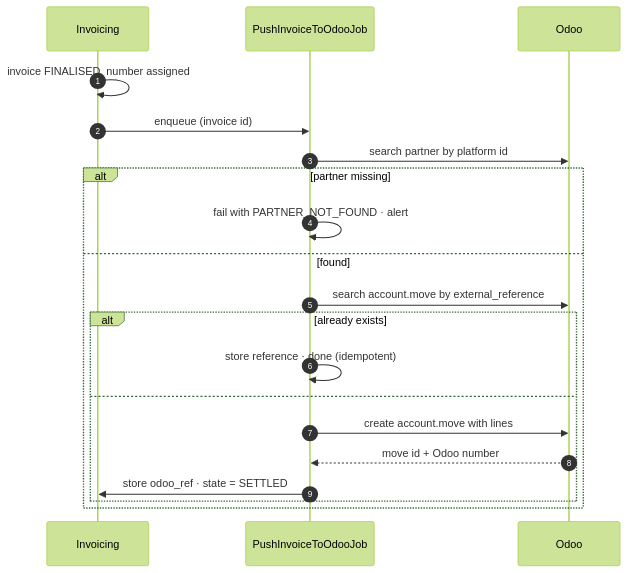
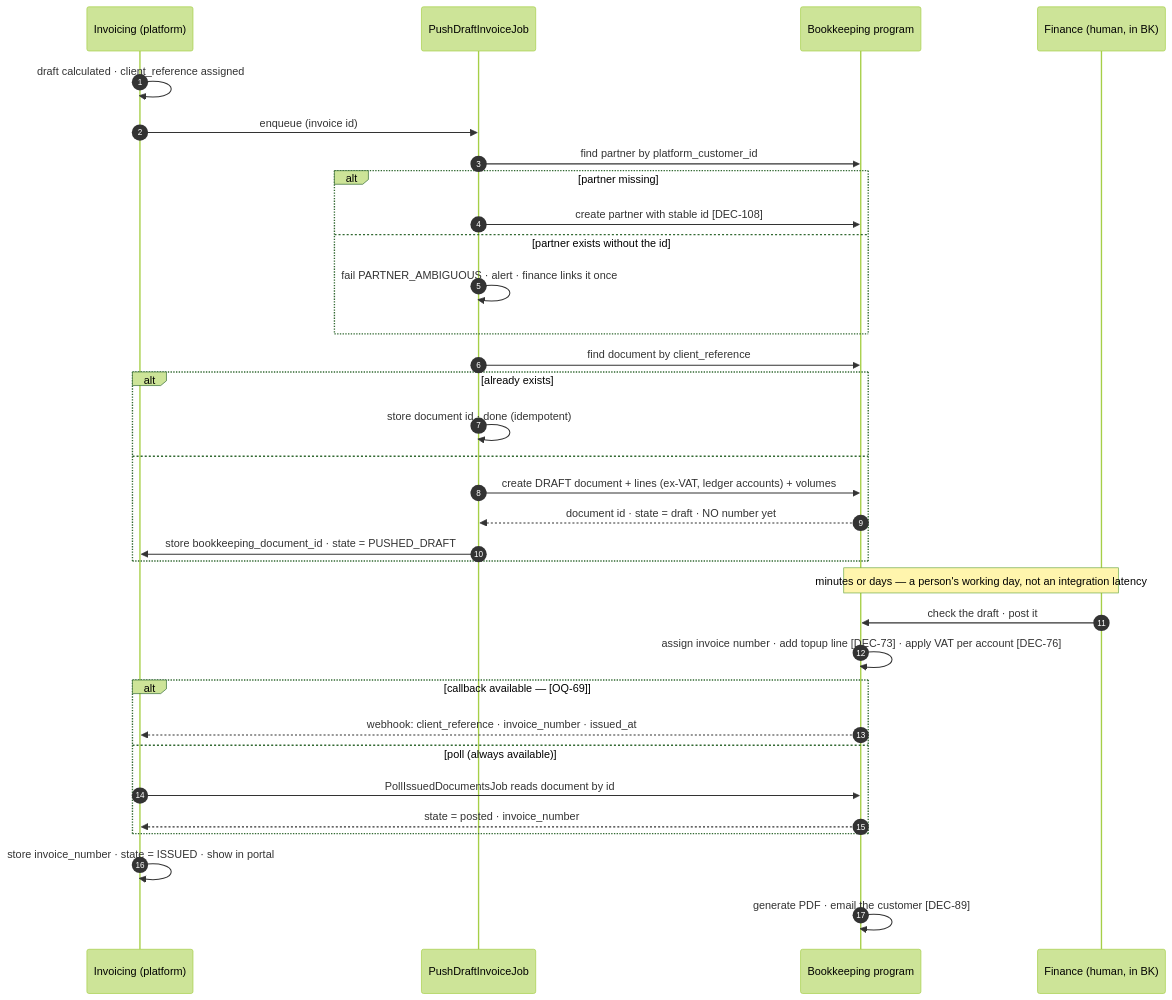
Before and after one commit to lukastosic-ifd/peakpowerspecs: the diagram in specs/30-integrations/04-odoo-accounting.md, drawn with Mermaid (forest theme). The commit also changed other lines of this file and 66 other files, not shown here.

````diff
--- a/specs/30-integrations/04-odoo-accounting.md
+++ b/specs/30-integrations/04-odoo-accounting.md
@@ -160,23 +579,38 @@
 ```mermaid
 sequenceDiagram
     autonumber
-    participant INV as Invoicing
-    participant JOB as PushInvoiceToOdooJob
-    participant ODOO as Odoo
+    participant INV as Invoicing (platform)
+    participant JOB as PushDraftInvoiceJob
+    participant BK as Bookkeeping program
+    participant FIN as Finance (human, in BK)
 
-    INV->>INV: invoice FINALISED, number assigned
+    INV->>INV: draft calculated · client_reference assigned
     INV->>JOB: enqueue (invoice id)
-    JOB->>ODOO: search partner by platform id
+    JOB->>BK: find partner by platform_customer_id
     alt partner missing
-        JOB->>JOB: fail with PARTNER_NOT_FOUND · alert
-    else found
-        JOB->>ODOO: search account.move by external_reference
-        alt already exists
-            JOB->>JOB: store reference · done (idempotent)
-        else
-            JOB->>ODOO: create account.move with lines
-            ODOO-->>JOB: move id + Odoo number
-            JOB->>INV: store odoo_ref · state = SETTLED
-        end
+        JOB->>BK: create partner with stable id [DEC-108]
+    else partner exists without the id
+        JOB->>JOB: fail PARTNER_AMBIGUOUS · alert · finance links it once
     end
+    JOB->>BK: find document by client_reference
+    alt already exists
+        JOB->>JOB: store document id · done (idempotent)
+    else
+        JOB->>BK: create DRAFT document + lines (ex-VAT, ledger accounts) + volumes
+        BK-->>JOB: document id · state = draft · NO number yet
+        JOB->>INV: store bookkeeping_document_id · state = PUSHED_DRAFT
+    end
+
+    Note over BK,FIN: minutes or days — a person's working day, not an integration latency
+    FIN->>BK: check the draft · post it
+    BK->>BK: assign invoice number · add topup line [DEC-73] · apply VAT per account [DEC-76]
+
+    alt callback available — [OQ-69]
+        BK-->>INV: webhook: client_reference · invoice_number · issued_at
+    else poll (always available)
+        INV->>BK: PollIssuedDocumentsJob reads document by id
+        BK-->>INV: state = posted · invoice_number
+    end
+    INV->>INV: store invoice_number · state = ISSUED · show in portal
+    BK->>BK: generate PDF · email the customer [DEC-89]
 ```
````
